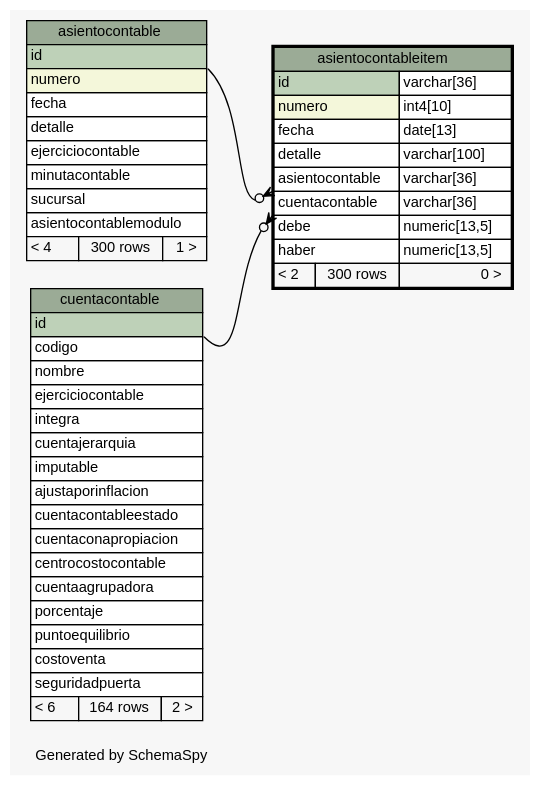
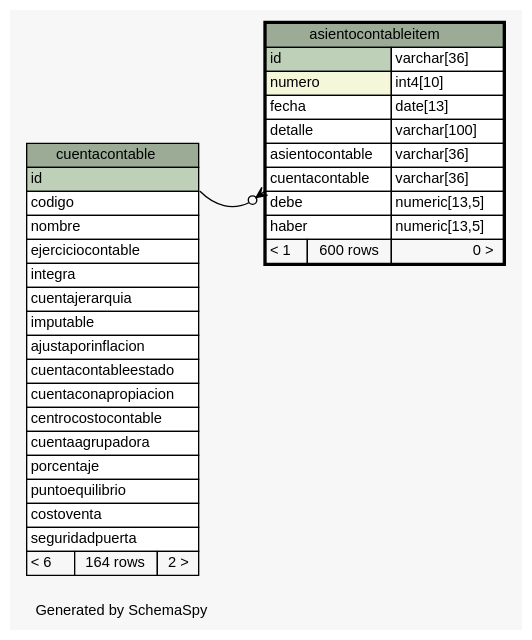
One commit to diegopablomansilla/massoftware_front changed the diagram in postgresql/schemaSpy/salida/diagrams/asientocontableitem.1degree.dot. Above: the diagram before and after it, drawn with Graphviz. The commit also changed 333 other files, not shown here.

```diff
--- a/postgresql/schemaSpy/salida/diagrams/asientocontableitem.1degree.dot
+++ b/postgresql/schemaSpy/salida/diagrams/asientocontableitem.1degree.dot
@@ -1,83 +1,65 @@
 // dot 2.2.1 on Windows 10 10.0
 // SchemaSpy rev 590
 digraph "oneDegreeRelationshipsDiagram" {
   graph [
     rankdir="RL"
     bgcolor="#f7f7f7"
     label="\nGenerated by SchemaSpy"
     labeljust="l"
     nodesep="0.18"
     ranksep="0.46"
     fontname="Helvetica"
     fontsize="11"
   ];
   node [
     fontname="Helvetica"
     fontsize="11"
     shape="plaintext"
   ];
   edge [
     arrowsize="0.8"
   ];
-  "asientocontableitem":"asientocontable":sw -> "asientocontable":"id":se [arrowhead=none dir=back arrowtail=crowodot];
   "asientocontableitem":"cuentacontable":sw -> "cuentacontable":"id":se [arrowhead=none dir=back arrowtail=crowodot];
-  "asientocontable" [
-    label=<
-    <TABLE BORDER="0" CELLBORDER="1" CELLSPACING="0" BGCOLOR="#ffffff">
-      <TR><TD COLSPAN="3" BGCOLOR="#9bab96" ALIGN="CENTER">asientocontable</TD></TR>
-      <TR><TD PORT="id" COLSPAN="3" BGCOLOR="#bed1b8" ALIGN="LEFT">id</TD></TR>
-      <TR><TD PORT="numero" COLSPAN="3" BGCOLOR="#f4f7da" ALIGN="LEFT">numero</TD></TR>
-      <TR><TD PORT="fecha" COLSPAN="3" ALIGN="LEFT">fecha</TD></TR>
-      <TR><TD PORT="detalle" COLSPAN="3" ALIGN="LEFT">detalle</TD></TR>
-      <TR><TD PORT="ejerciciocontable" COLSPAN="3" ALIGN="LEFT">ejerciciocontable</TD></TR>
-      <TR><TD PORT="minutacontable" COLSPAN="3" ALIGN="LEFT">minutacontable</TD></TR>
-      <TR><TD PORT="sucursal" COLSPAN="3" ALIGN="LEFT">sucursal</TD></TR>
-      <TR><TD PORT="asientocontablemodulo" COLSPAN="3" ALIGN="LEFT">asientocontablemodulo</TD></TR>
-      <TR><TD ALIGN="LEFT" BGCOLOR="#f7f7f7">&lt; 4</TD><TD ALIGN="RIGHT" BGCOLOR="#f7f7f7">300 rows</TD><TD ALIGN="RIGHT" BGCOLOR="#f7f7f7">1 &gt;</TD></TR>
-    </TABLE>>
-    URL="asientocontable.html"
-    tooltip="asientocontable"
-  ];
   "asientocontableitem" [
     label=<
     <TABLE BORDER="2" CELLBORDER="1" CELLSPACING="0" BGCOLOR="#ffffff">
       <TR><TD COLSPAN="3" BGCOLOR="#9bab96" ALIGN="CENTER">asientocontableitem</TD></TR>
       <TR><TD PORT="id" COLSPAN="2" BGCOLOR="#bed1b8" ALIGN="LEFT">id</TD><TD PORT="id.type" ALIGN="LEFT">varchar[36]</TD></TR>
       <TR><TD PORT="numero" COLSPAN="2" BGCOLOR="#f4f7da" ALIGN="LEFT">numero</TD><TD PORT="numero.type" ALIGN="LEFT">int4[10]</TD></TR>
       <TR><TD PORT="fecha" COLSPAN="2" ALIGN="LEFT">fecha</TD><TD PORT="fecha.type" ALIGN="LEFT">date[13]</TD></TR>
       <TR><TD PORT="detalle" COLSPAN="2" ALIGN="LEFT">detalle</TD><TD PORT="detalle.type" ALIGN="LEFT">varchar[100]</TD></TR>
       <TR><TD PORT="asientocontable" COLSPAN="2" ALIGN="LEFT">asientocontable</TD><TD PORT="asientocontable.type" ALIGN="LEFT">varchar[36]</TD></TR>
       <TR><TD PORT="cuentacontable" COLSPAN="2" ALIGN="LEFT">cuentacontable</TD><TD PORT="cuentacontable.type" ALIGN="LEFT">varchar[36]</TD></TR>
       <TR><TD PORT="debe" COLSPAN="2" ALIGN="LEFT">debe</TD><TD PORT="debe.type" ALIGN="LEFT">numeric[13,5]</TD></TR>
       <TR><TD PORT="haber" COLSPAN="2" ALIGN="LEFT">haber</TD><TD PORT="haber.type" ALIGN="LEFT">numeric[13,5]</TD></TR>
-      <TR><TD ALIGN="LEFT" BGCOLOR="#f7f7f7">&lt; 2</TD><TD ALIGN="RIGHT" BGCOLOR="#f7f7f7">300 rows</TD><TD ALIGN="RIGHT" BGCOLOR="#f7f7f7">0 &gt;</TD></TR>
+      <TR><TD ALIGN="LEFT" BGCOLOR="#f7f7f7">&lt; 1</TD><TD ALIGN="RIGHT" BGCOLOR="#f7f7f7">600 rows</TD><TD ALIGN="RIGHT" BGCOLOR="#f7f7f7">0 &gt;</TD></TR>
     </TABLE>>
     URL="asientocontableitem.html"
     tooltip="asientocontableitem"
   ];
   "cuentacontable" [
     label=<
     <TABLE BORDER="0" CELLBORDER="1" CELLSPACING="0" BGCOLOR="#ffffff">
       <TR><TD COLSPAN="3" BGCOLOR="#9bab96" ALIGN="CENTER">cuentacontable</TD></TR>
       <TR><TD PORT="id" COLSPAN="3" BGCOLOR="#bed1b8" ALIGN="LEFT">id</TD></TR>
       <TR><TD PORT="codigo" COLSPAN="3" ALIGN="LEFT">codigo</TD></TR>
       <TR><TD PORT="nombre" COLSPAN="3" ALIGN="LEFT">nombre</TD></TR>
       <TR><TD PORT="ejerciciocontable" COLSPAN="3" ALIGN="LEFT">ejerciciocontable</TD></TR>
       <TR><TD PORT="integra" COLSPAN="3" ALIGN="LEFT">integra</TD></TR>
       <TR><TD PORT="cuentajerarquia" COLSPAN="3" ALIGN="LEFT">cuentajerarquia</TD></TR>
       <TR><TD PORT="imputable" COLSPAN="3" ALIGN="LEFT">imputable</TD></TR>
       <TR><TD PORT="ajustaporinflacion" COLSPAN="3" ALIGN="LEFT">ajustaporinflacion</TD></TR>
       <TR><TD PORT="cuentacontableestado" COLSPAN="3" ALIGN="LEFT">cuentacontableestado</TD></TR>
       <TR><TD PORT="cuentaconapropiacion" COLSPAN="3" ALIGN="LEFT">cuentaconapropiacion</TD></TR>
       <TR><TD PORT="centrocostocontable" COLSPAN="3" ALIGN="LEFT">centrocostocontable</TD></TR>
       <TR><TD PORT="cuentaagrupadora" COLSPAN="3" ALIGN="LEFT">cuentaagrupadora</TD></TR>
       <TR><TD PORT="porcentaje" COLSPAN="3" ALIGN="LEFT">porcentaje</TD></TR>
       <TR><TD PORT="puntoequilibrio" COLSPAN="3" ALIGN="LEFT">puntoequilibrio</TD></TR>
       <TR><TD PORT="costoventa" COLSPAN="3" ALIGN="LEFT">costoventa</TD></TR>
       <TR><TD PORT="seguridadpuerta" COLSPAN="3" ALIGN="LEFT">seguridadpuerta</TD></TR>
       <TR><TD ALIGN="LEFT" BGCOLOR="#f7f7f7">&lt; 6</TD><TD ALIGN="RIGHT" BGCOLOR="#f7f7f7">164 rows</TD><TD ALIGN="RIGHT" BGCOLOR="#f7f7f7">2 &gt;</TD></TR>
     </TABLE>>
     URL="cuentacontable.html"
     tooltip="cuentacontable"
   ];
 }
```
